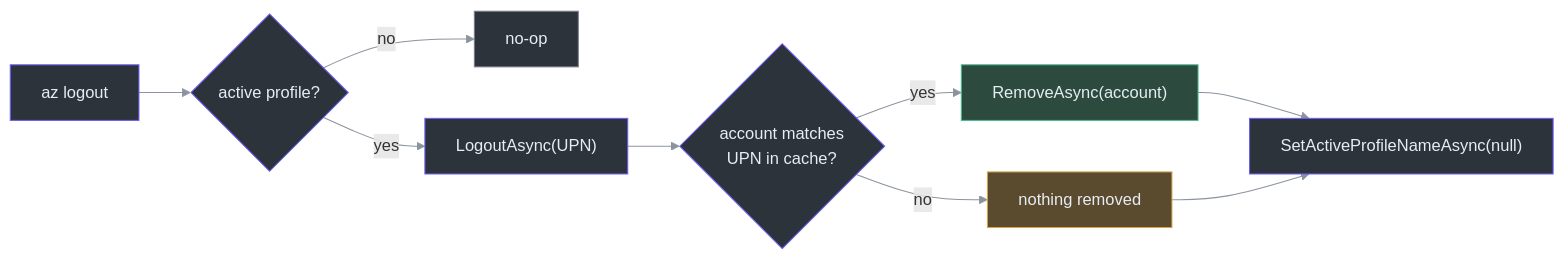
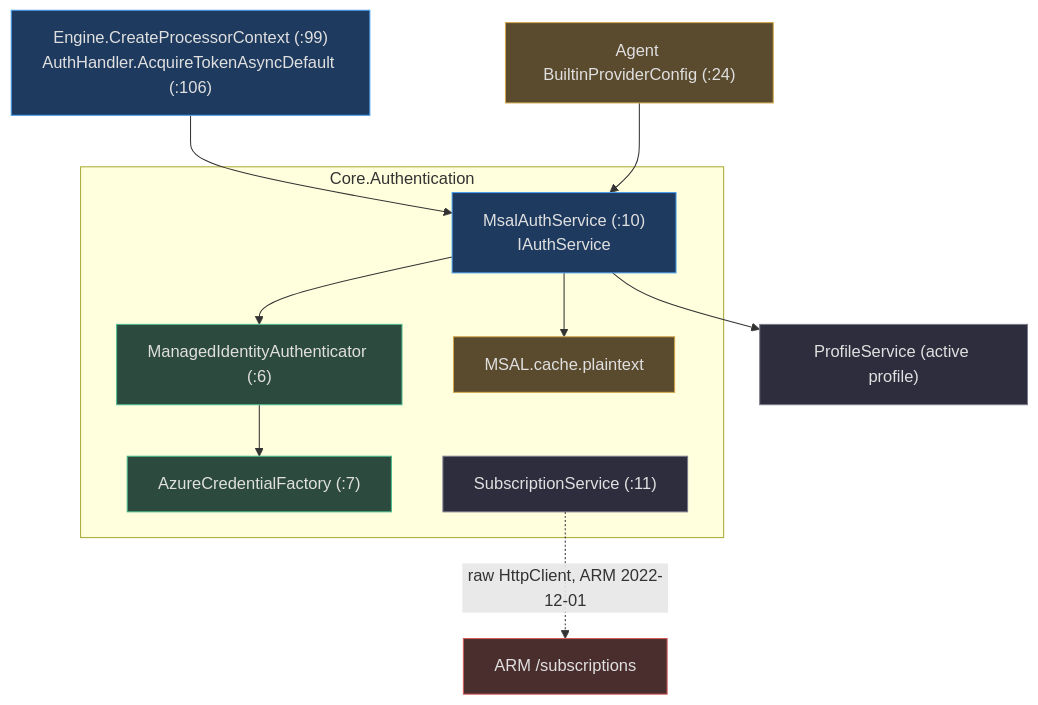
The second of 2 diagrams in wiki/02-deep-dive/authentication.md (Azure/azclips), drawn with Mermaid before and after one commit. The commit also changed other lines of this file and 34 other files, not shown here.

First line of the commit message:
docs(wiki): refresh generated architecture documentation

````diff
--- a/wiki/02-deep-dive/authentication.md
+++ b/wiki/02-deep-dive/authentication.md
@@ -236,21 +87,31 @@
 ```mermaid
-graph LR
-    A["az logout"] --> B{"active profile?"}
-    B -->|no| N["no-op"]
-    B -->|yes| C["LogoutAsync(UPN)"]
-    C --> D{"account matches<br>UPN in cache?"}
-    D -->|yes| E["RemoveAsync(account)"]
-    D -->|no| F["nothing removed"]
-    E --> G["SetActiveProfileNameAsync(null)"]
-    F --> G
+graph TB
+    subgraph auth["Core.Authentication"]
+        MSAL["MsalAuthService (:10)<br>IAuthService"]
+        MI["ManagedIdentityAuthenticator (:6)"]
+        CF["AzureCredentialFactory (:7)"]
+        SUB["SubscriptionService (:11)"]
+        CACHE["MSAL.cache.plaintext"]
+    end
+    ENG["Engine.CreateProcessorContext (:99)<br>AuthHandler.AcquireTokenAsyncDefault (:106)"]
+    AGENT["Agent BuiltinProviderConfig (:24)"]
+    PROF["ProfileService (active profile)"]
 
-    style A fill:#2d333b,stroke:#6d5dfc,color:#e6edf3
-    style B fill:#2d333b,stroke:#6d5dfc,color:#e6edf3
-    style C fill:#2d333b,stroke:#6d5dfc,color:#e6edf3
-    style D fill:#2d333b,stroke:#6d5dfc,color:#e6edf3
-    style E fill:#2d4a3e,stroke:#4aba8a,color:#e6edf3
-    style F fill:#5a4a2e,stroke:#d4a84b,color:#e6edf3
-    style G fill:#2d333b,stroke:#6d5dfc,color:#e6edf3
-    style N fill:#2d333b,stroke:#7a7a8a,color:#e6edf3
-    linkStyle default stroke:#8b949e
+    ENG --> MSAL
+    AGENT --> MSAL
+    MSAL --> MI
+    MI --> CF
+    MSAL --> CACHE
+    MSAL --> PROF
+    SUB -. "raw HttpClient, ARM 2022-12-01" .-> ARM["ARM /subscriptions"]
+
+    style MSAL fill:#1e3a5f,stroke:#4a9eed,color:#e0e0e0
+    style MI fill:#2d4a3e,stroke:#4aba8a,color:#e0e0e0
+    style CF fill:#2d4a3e,stroke:#4aba8a,color:#e0e0e0
+    style SUB fill:#2d2d3d,stroke:#7a7a8a,color:#e0e0e0
+    style CACHE fill:#5a4a2e,stroke:#d4a84b,color:#e0e0e0
+    style ENG fill:#1e3a5f,stroke:#4a9eed,color:#e0e0e0
+    style AGENT fill:#5a4a2e,stroke:#d4a84b,color:#e0e0e0
+    style PROF fill:#2d2d3d,stroke:#7a7a8a,color:#e0e0e0
+    style ARM fill:#4a2e2e,stroke:#d45b5b,color:#e0e0e0
 ```
````
